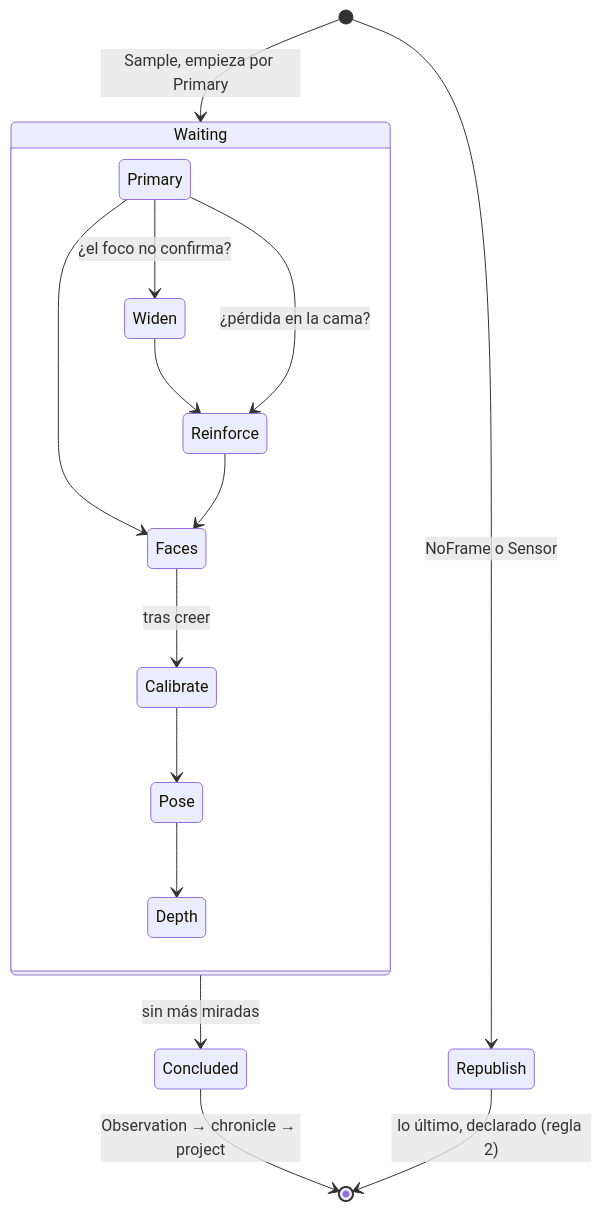
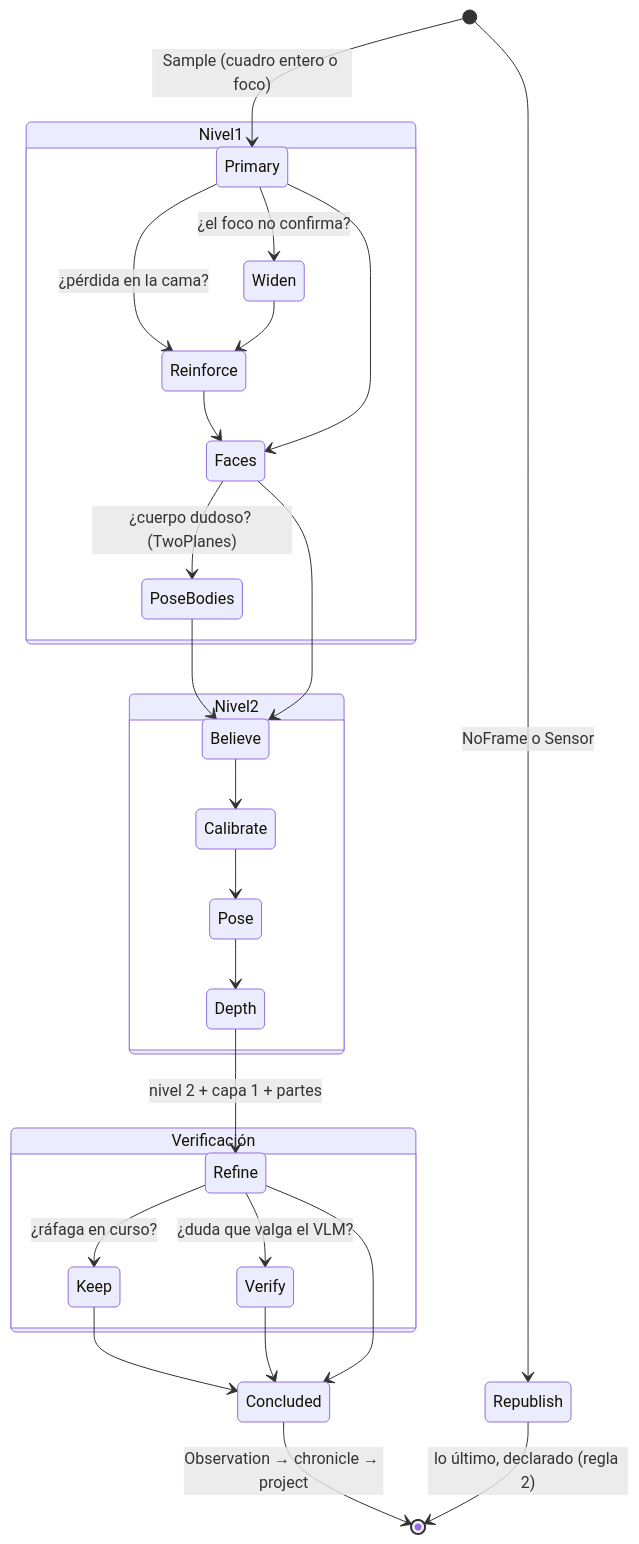
The fourth of 9 diagrams in arquitectura-c4.md (e7canasta/calipso-detector), drawn with Mermaid before and after one commit. The commit also changed other lines of this file and 2 other files, not shown here.

First line of the commit message:
Arquitectura al 2026-11-01: C4 por ingeniería inversa, revisión y mesa de refactor

````diff
--- a/arquitectura-c4.md
+++ b/arquitectura-c4.md
@@ -188,18 +246,30 @@
 ```mermaid
 stateDiagram-v2
-    [*] --> Waiting: Sample, empieza por Primary
+    [*] --> Primary: Sample (cuadro entero o foco)
     [*] --> Republish: NoFrame o Sensor
-    state Waiting {
+    state Nivel1 {
         Primary --> Widen: ¿el foco no confirma?
+        Primary --> Reinforce: ¿pérdida en la cama?
         Widen --> Reinforce
-        Primary --> Reinforce: ¿pérdida en la cama?
+        Reinforce --> Faces
         Primary --> Faces
-        Reinforce --> Faces
-        Faces --> Calibrate: tras creer
+        Faces --> PoseBodies: ¿cuerpo dudoso? (TwoPlanes)
+        PoseBodies --> Believe
+        Faces --> Believe
+    }
+    state Nivel2 {
+        Believe --> Calibrate
         Calibrate --> Pose
         Pose --> Depth
+        Depth --> Refine: nivel 2 + capa 1 + partes
     }
-    Waiting --> Concluded: sin más miradas
+    state Verificación {
+        Refine --> Keep: ¿ráfaga en curso?
+        Refine --> Verify: ¿duda que valga el VLM?
+    }
+    Keep --> Concluded
+    Verify --> Concluded
+    Refine --> Concluded
     Concluded --> [*]: Observation → chronicle → project
     Republish --> [*]: lo último, declarado (regla 2)
 ```
````
